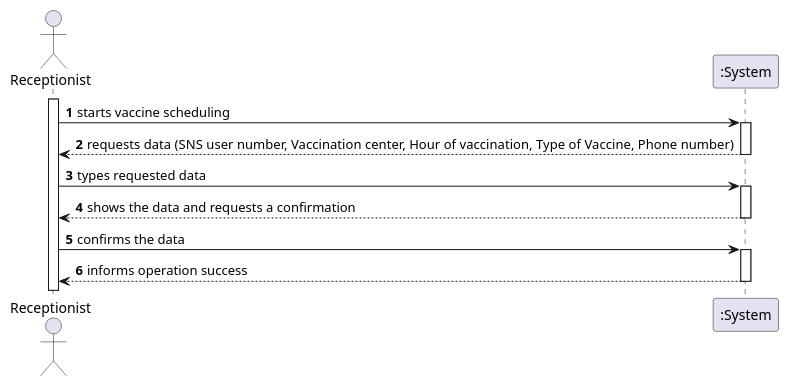
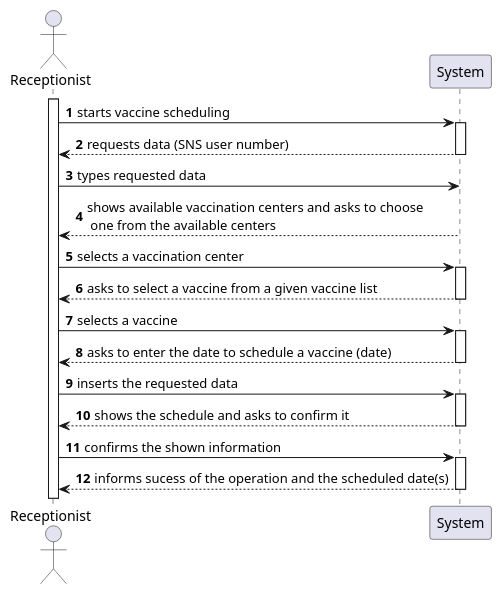
Before and after one commit to PedroMesquita1211171/VaccinationManager: the diagram in docs/SprintC/US/US2/US002_SSD.puml, drawn with PlantUML. The commit also changed 6 other files, not shown here.

```diff
--- a/docs/SprintC/US/US2/US002_SSD.puml
+++ b/docs/SprintC/US/US2/US002_SSD.puml
@@ -1,22 +1,32 @@
 @startuml
 'https://plantuml.com/sequence-diagram
 
 autonumber
 actor "Receptionist" as USER
 
 activate USER
-USER -> ":System" : starts vaccine scheduling
-activate ":System"
+USER -> System : starts vaccine scheduling
+activate System
+System --> USER : requests data (SNS user number)
+deactivate System
+USER -> System : types requested data
+System --> USER: shows available vaccination centers and asks to choose \n one from the available centers
+deactivate System
+USER -> System : selects a vaccination center
+activate System
+System --> USER : asks to select a vaccine from a given vaccine list
+deactivate System
+USER -> System : selects a vaccine
+activate System
+System --> USER : asks to enter the date to schedule a vaccine (date)
+deactivate System
+USER -> System : inserts the requested data
+activate System
+System --> USER : shows the schedule and asks to confirm it
+deactivate System
 
-":System" --> USER : requests data (SNS user number, Vaccination center, Hour of vaccination, Type of Vaccine, Phone number)
-deactivate ":System"
-USER -> ":System" : types requested data
-activate ":System"
-":System" --> USER : shows the data and requests a confirmation
-deactivate ":System"
-
-USER -> ":System" : confirms the data
-activate ":System"
-":System" --> USER : informs operation success
-deactivate ":System"
+USER -> System : confirms the shown information
+activate System
+System --> USER : informs sucess of the operation and the scheduled date(s)
+deactivate System
 @enduml
```
